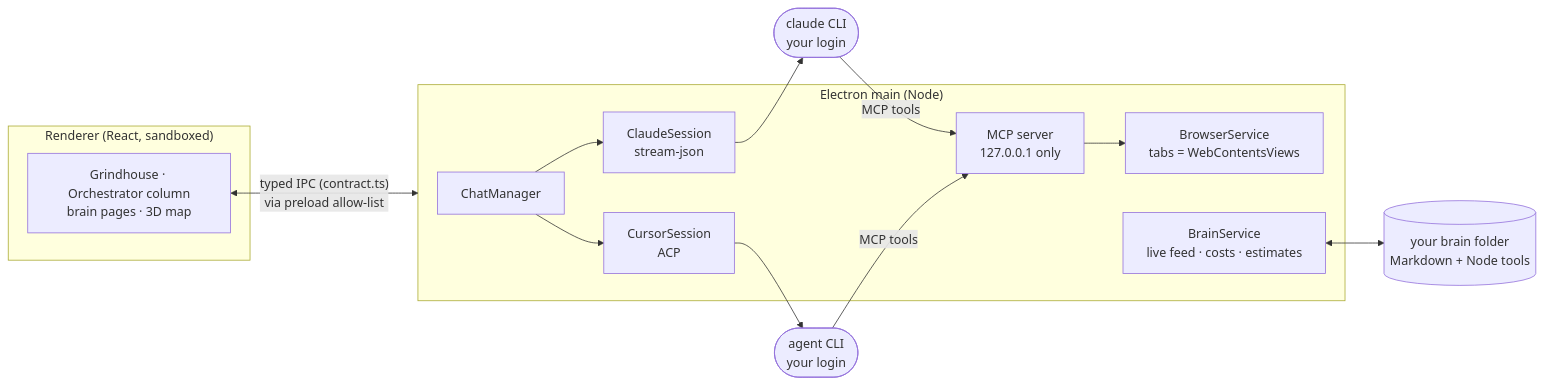
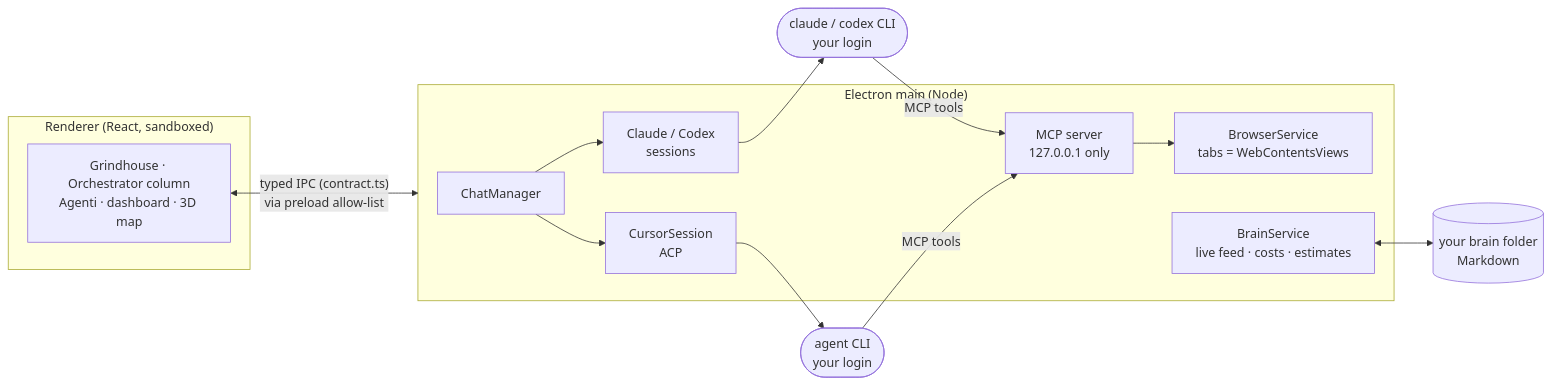
One commit to lampi1/second-brain changed the diagram in README.md. Above: the diagram before and after it, drawn with Mermaid. The commit also changed other lines of this file and 12 other files, not shown here.

````diff
--- a/README.md
+++ b/README.md
@@ -134,18 +188,18 @@
 ```mermaid
 flowchart LR
   subgraph Renderer["Renderer (React, sandboxed)"]
-    UI["Grindhouse · Orchestrator column<br/>brain pages · 3D map"]
+    UI["Grindhouse · Orchestrator column<br/>Agenti · dashboard · 3D map"]
   end
   subgraph Main["Electron main (Node)"]
-    CM["ChatManager"] --> CS["ClaudeSession<br/>stream-json"]
+    CM["ChatManager"] --> CS["Claude / Codex<br/>sessions"]
     CM --> CU["CursorSession<br/>ACP"]
     BR["BrowserService<br/>tabs = WebContentsViews"]
     MCP["MCP server<br/>127.0.0.1 only"]
     BS["BrainService<br/>live feed · costs · estimates"]
   end
   UI <-- "typed IPC (contract.ts)<br/>via preload allow-list" --> Main
-  CS --> C1(["claude CLI<br/>your login"])
+  CS --> C1(["claude / codex CLI<br/>your login"])
   CU --> C2(["agent CLI<br/>your login"])
   C1 & C2 -- "MCP tools" --> MCP --> BR
-  BS <--> Brain[("your brain folder<br/>Markdown + Node tools")]
+  BS <--> Brain[("your brain folder<br/>Markdown")]
 ```
````
